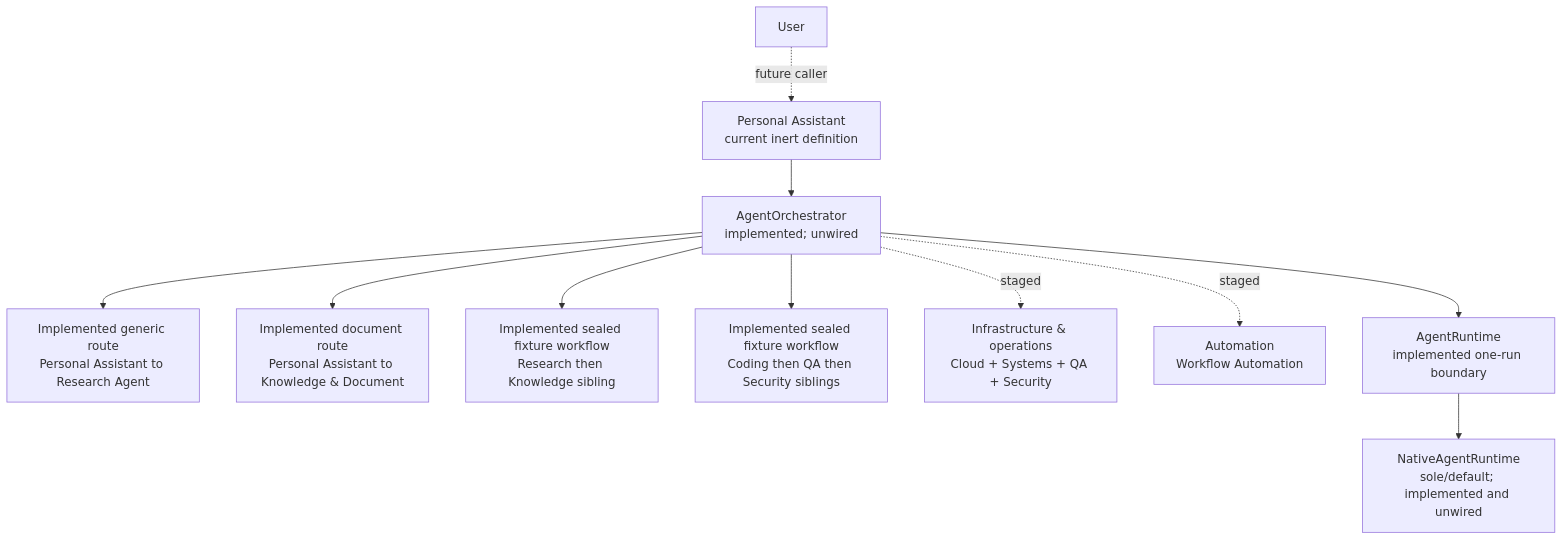
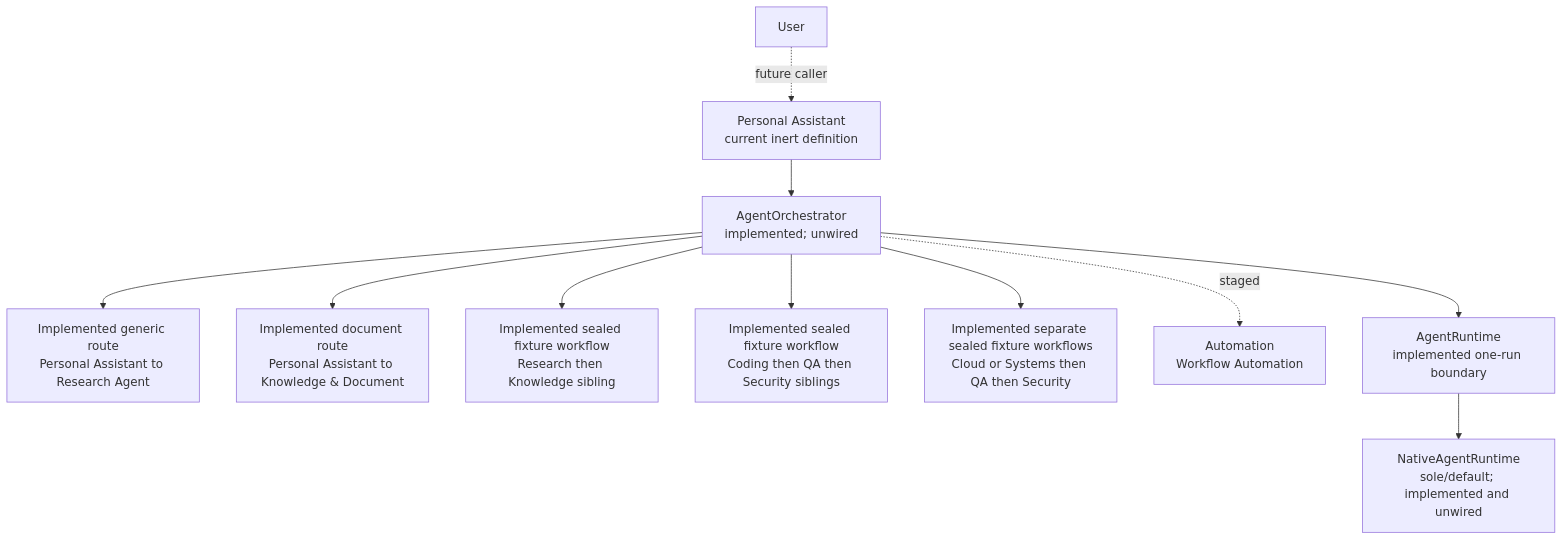
The fourth of 5 diagrams in ARCHITECTURE.md (SillyRbbit/ai-agent-assistant), drawn with Mermaid before and after one commit. The commit also changed other lines of this file and 26 other files, not shown here.

Commit message:
feat(agent): add fixture infrastructure operations workflows

````diff
--- a/ARCHITECTURE.md
+++ b/ARCHITECTURE.md
@@ -199,13 +199,13 @@
 ```mermaid
 flowchart TD
     User["User"] -. "future caller" .-> Personal["Personal Assistant<br/>current inert definition"]
     Personal --> Orchestrator["AgentOrchestrator<br/>implemented; unwired"]
     Orchestrator --> Research["Implemented generic route<br/>Personal Assistant to Research Agent"]
     Orchestrator --> Knowledge["Implemented document route<br/>Personal Assistant to Knowledge & Document"]
     Orchestrator --> ResearchKnowledge["Implemented sealed fixture workflow<br/>Research then Knowledge sibling"]
     Orchestrator --> Engineering["Implemented sealed fixture workflow<br/>Coding then QA then Security siblings"]
-    Orchestrator -. staged .-> Operations["Infrastructure & operations<br/>Cloud + Systems + QA + Security"]
+    Orchestrator --> Operations["Implemented separate sealed fixture workflows<br/>Cloud or Systems then QA then Security"]
     Orchestrator -. staged .-> Automation["Automation<br/>Workflow Automation"]
     Orchestrator --> Runtime["AgentRuntime<br/>implemented one-run boundary"]
     Runtime --> Native["NativeAgentRuntime<br/>sole/default; implemented and unwired"]
 ```
````
